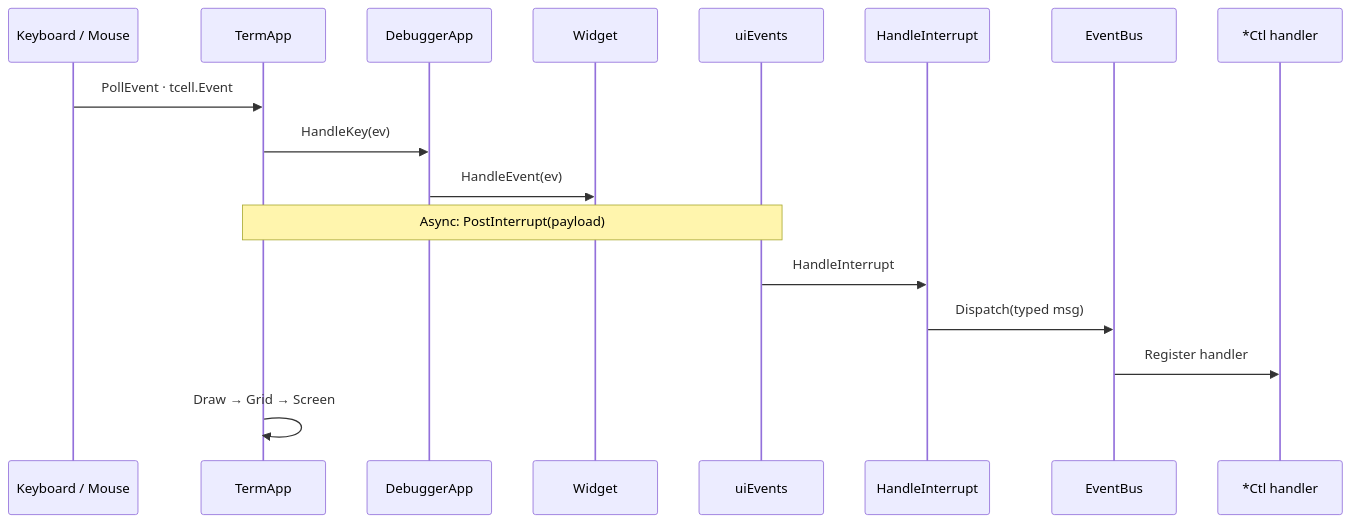
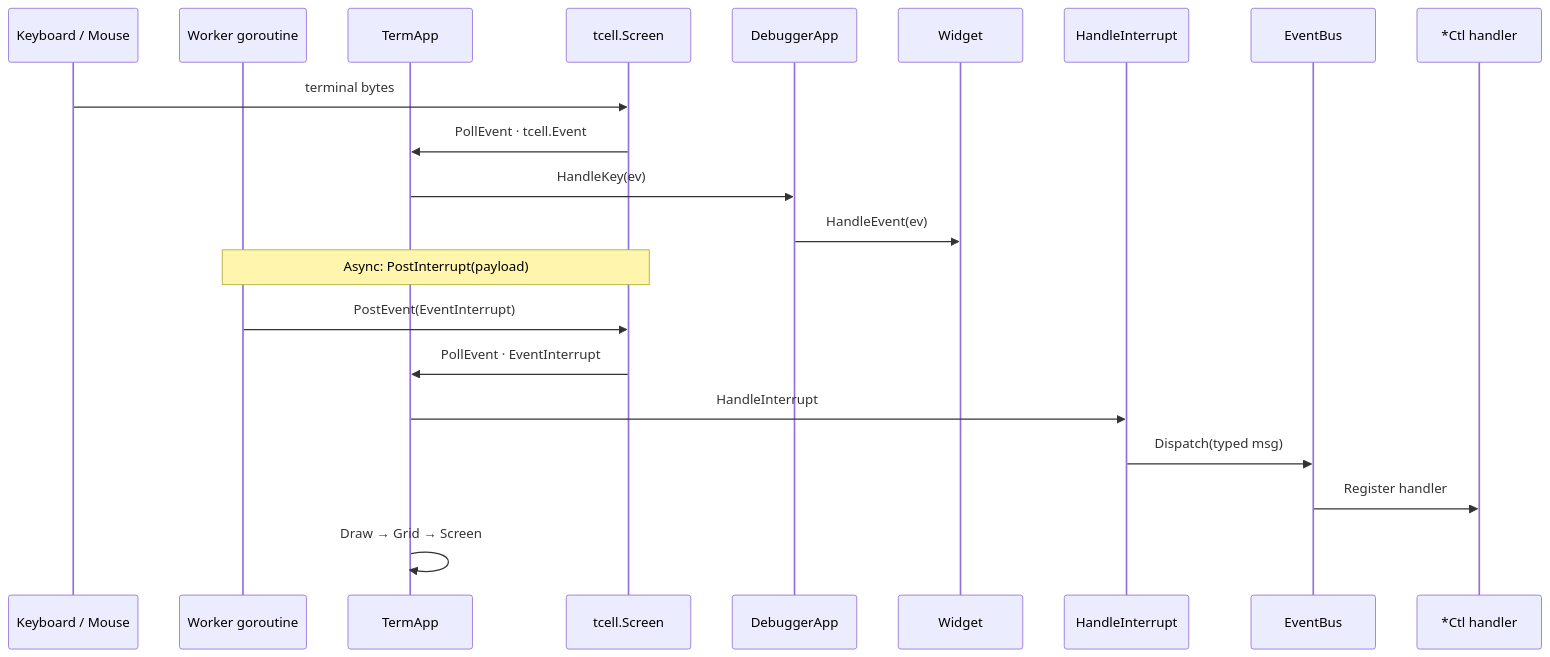
One commit to yairgd/gdbforge changed the first of 4 diagrams in docs/INPUT.md. Above: the diagram before and after it, drawn with Mermaid. The commit also changed other lines of this file and 243 other files, not shown here.

````diff
--- a/docs/INPUT.md
+++ b/docs/INPUT.md
@@ -41,20 +40,24 @@
 ```mermaid
 sequenceDiagram
     participant Input as Keyboard / Mouse
+    participant Worker as Worker goroutine
     participant App as TermApp
+    participant Screen as tcell.Screen
     participant Dbg as DebuggerApp
     participant Widget as Widget
-    participant UI as uiEvents
     participant HI as HandleInterrupt
     participant Bus as EventBus
     participant Ctl as *Ctl handler
 
-    Input ->> App: PollEvent · tcell.Event
+    Input ->> Screen: terminal bytes
+    Screen ->> App: PollEvent · tcell.Event
     App ->> Dbg: HandleKey(ev)
     Dbg ->> Widget: HandleEvent(ev)
-    Note over App,UI: Async: PostInterrupt(payload)
-    UI ->> HI: HandleInterrupt
+    Note over Worker,Screen: Async: PostInterrupt(payload)
+    Worker ->> Screen: PostEvent(EventInterrupt)
+    Screen ->> App: PollEvent · EventInterrupt
+    App ->> HI: HandleInterrupt
     HI ->> Bus: Dispatch(typed msg)
     Bus ->> Ctl: Register handler
     App ->> App: Draw → Grid → Screen
 ```
````
